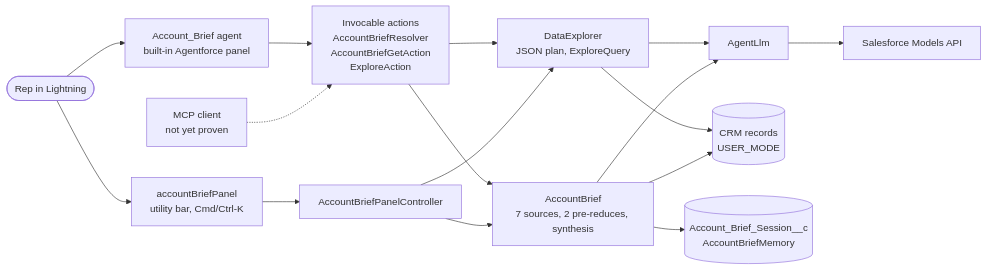
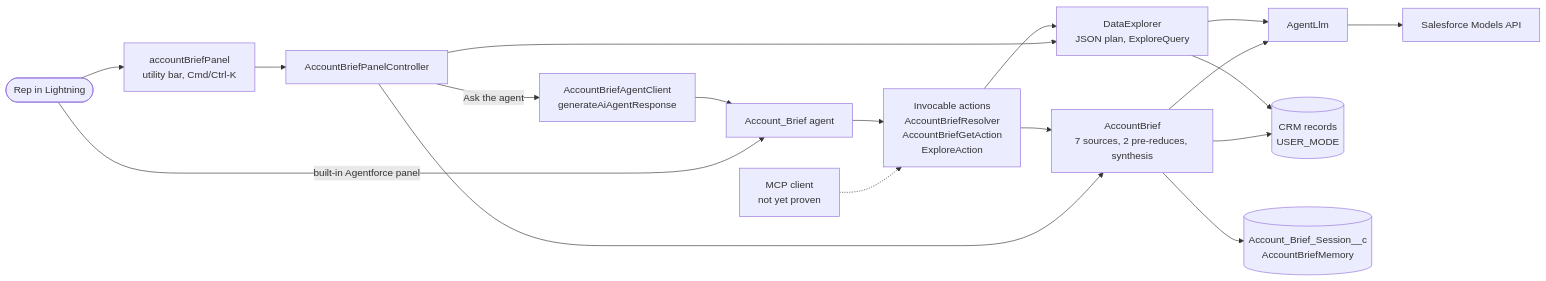
The diagram in README.md (nelsben/generic-agent), drawn with Mermaid before and after one commit. The commit also changed other lines of this file and 11 other files, not shown here.

First line of the commit message:
BE-20: the panel's "Ask the agent" calls the Account_Brief agent directly

````diff
--- a/README.md
+++ b/README.md
@@ -29,18 +29,20 @@
 ```mermaid
 flowchart LR
     U(["Rep in Lightning"]) --> P["accountBriefPanel<br/>utility bar, Cmd/Ctrl-K"]
-    U --> AG["Account_Brief agent<br/>built-in Agentforce panel"]
+    U -- "built-in Agentforce panel" --> AG["Account_Brief agent"]
     X["MCP client<br/>not yet proven"] -.-> ACT
     P --> C["AccountBriefPanelController"]
+    C -- "Ask the agent" --> AC["AccountBriefAgentClient<br/>generateAiAgentResponse"]
+    AC --> AG
     AG --> ACT["Invocable actions<br/>AccountBriefResolver<br/>AccountBriefGetAction<br/>ExploreAction"]
     C --> B["AccountBrief<br/>7 sources, 2 pre-reduces, synthesis"]
     ACT --> B
     C --> DX["DataExplorer<br/>JSON plan, ExploreQuery"]
     ACT --> DX
     B --> L["AgentLlm"]
     DX --> L
     L --> M["Salesforce Models API"]
     B --> D[("CRM records<br/>USER_MODE")]
     DX --> D
     B --> MEM[("Account_Brief_Session__c<br/>AccountBriefMemory")]
 ```
````
